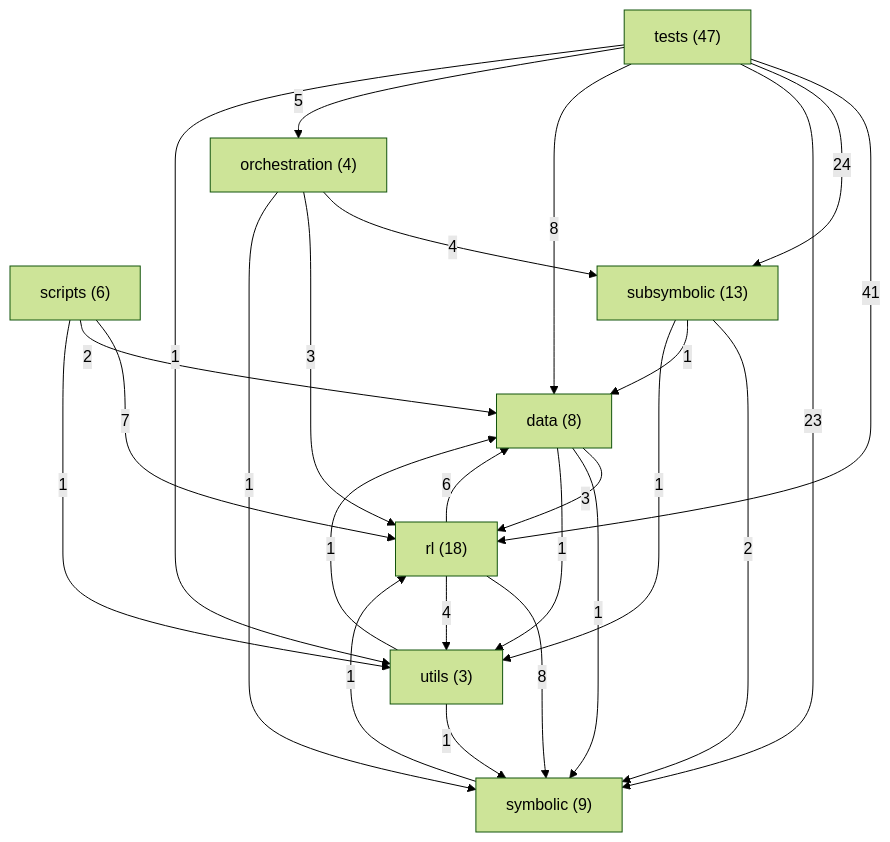
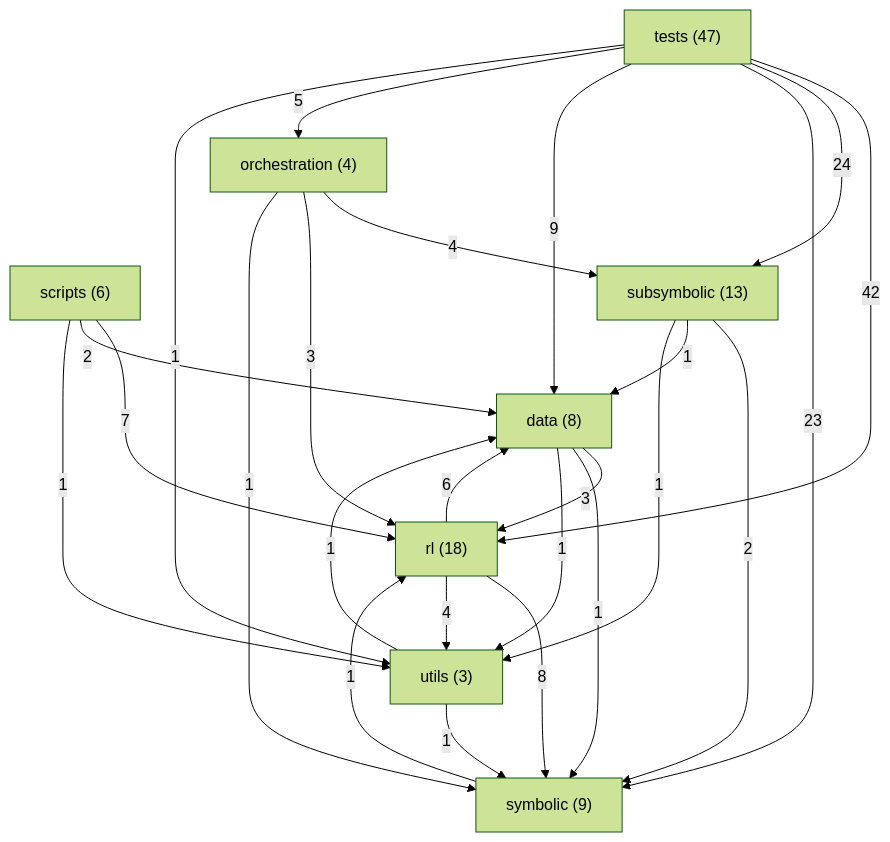
One commit to danrd/ARC-AGI changed the diagram in ARCHITECTURE.md. Above: the diagram before and after it, drawn with Mermaid (forest theme). The commit also changed other lines of this file and 3 other files, not shown here.

````diff
--- a/ARCHITECTURE.md
+++ b/ARCHITECTURE.md
@@ -127,35 +127,35 @@
 ```mermaid
 graph TD
   data["data (8)"]
   orchestration["orchestration (4)"]
   rl["rl (18)"]
   scripts["scripts (6)"]
   subsymbolic["subsymbolic (13)"]
   symbolic["symbolic (9)"]
   tests["tests (47)"]
   utils["utils (3)"]
-  tests -->|41| rl
+  tests -->|42| rl
   tests -->|24| subsymbolic
   tests -->|23| symbolic
+  tests -->|9| data
   rl -->|8| symbolic
-  tests -->|8| data
   scripts -->|7| rl
   rl -->|6| data
   tests -->|5| orchestration
   orchestration -->|4| subsymbolic
   rl -->|4| utils
   data -->|3| rl
   orchestration -->|3| rl
   scripts -->|2| data
   subsymbolic -->|2| symbolic
   data -->|1| symbolic
   data -->|1| utils
   orchestration -->|1| symbolic
   scripts -->|1| utils
   subsymbolic -->|1| data
   subsymbolic -->|1| utils
   symbolic -->|1| rl
   tests -->|1| utils
   utils -->|1| data
   utils -->|1| symbolic
 ```
````
